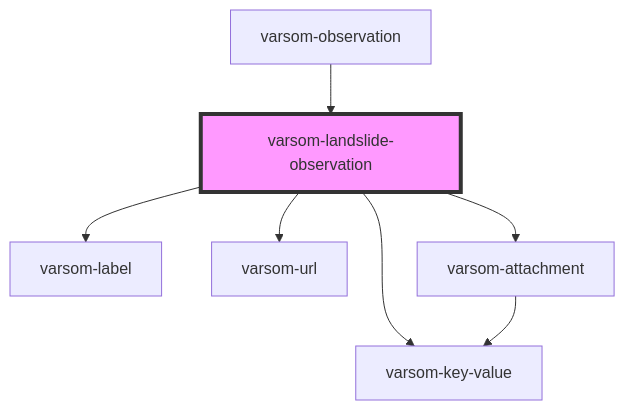
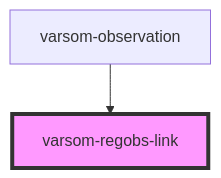
One commit to NVE/varsom-observation changed the diagram in observasjonskort/src/components/varsom-regobs-link/readme.md. Above: the diagram before and after it, drawn with Mermaid. The commit also changed other lines of this file and 5 other files, not shown here.

````diff
--- a/observasjonskort/src/components/varsom-regobs-link/readme.md
+++ b/observasjonskort/src/components/varsom-regobs-link/readme.md
@@ -53,10 +22,5 @@
 ```mermaid
 graph TD;
-  varsom-landslide-observation --> varsom-label
-  varsom-landslide-observation --> varsom-key-value
-  varsom-landslide-observation --> varsom-url
-  varsom-landslide-observation --> varsom-attachment
-  varsom-attachment --> varsom-key-value
-  varsom-observation --> varsom-landslide-observation
-  style varsom-landslide-observation fill:#f9f,stroke:#333,stroke-width:4px
+  varsom-observation --> varsom-regobs-link
+  style varsom-regobs-link fill:#f9f,stroke:#333,stroke-width:4px
 ```
````
